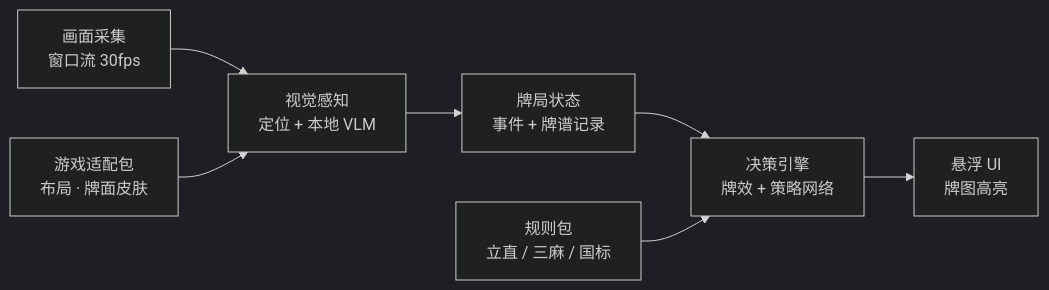
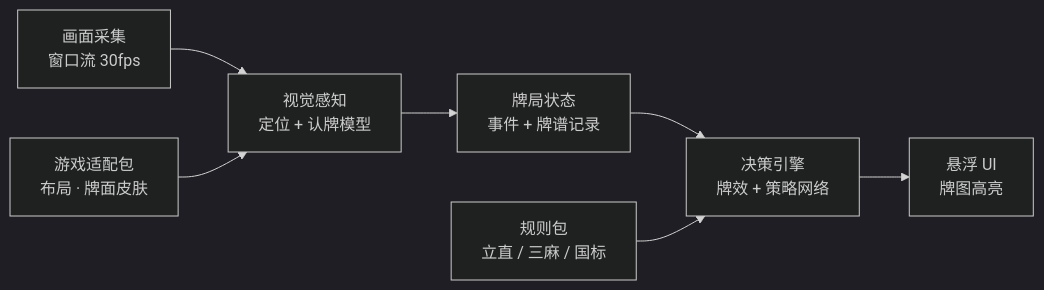
One commit to jason1yuan/mahjong-copilot changed the diagram in docs/design.md. Above: the diagram before and after it, drawn with Mermaid (dark theme). The commit also changed other lines of this file and 2 other files, not shown here.

First line of the commit message:
Recognize tiles with the pjura classifier instead of a local VLM

````diff
--- a/docs/design.md
+++ b/docs/design.md
@@ -27,9 +27,9 @@
 ```mermaid
 flowchart LR
-  A["画面采集<br/>窗口流 30fps"] --> B["视觉感知<br/>定位 + 本地 VLM"]
+  A["画面采集<br/>窗口流 30fps"] --> B["视觉感知<br/>定位 + 认牌模型"]
   B --> C["牌局状态<br/>事件 + 牌谱记录"]
   C --> D["决策引擎<br/>牌效 + 策略网络"]
   D --> E["悬浮 UI<br/>牌图高亮"]
   P["游戏适配包<br/>布局 · 牌面皮肤"] --> B
   R["规则包<br/>立直 / 三麻 / 国标"] --> D
 ```
````
